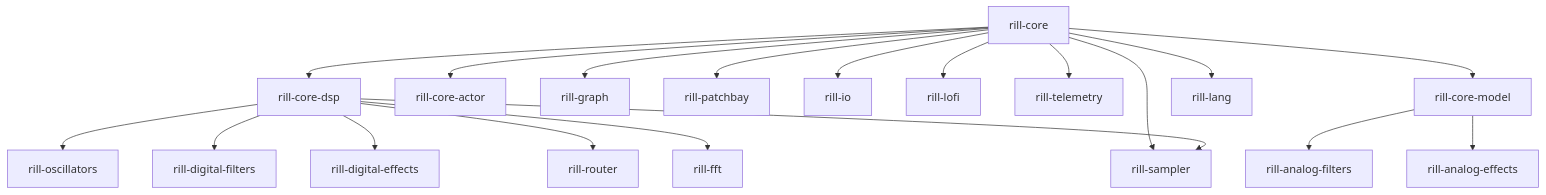
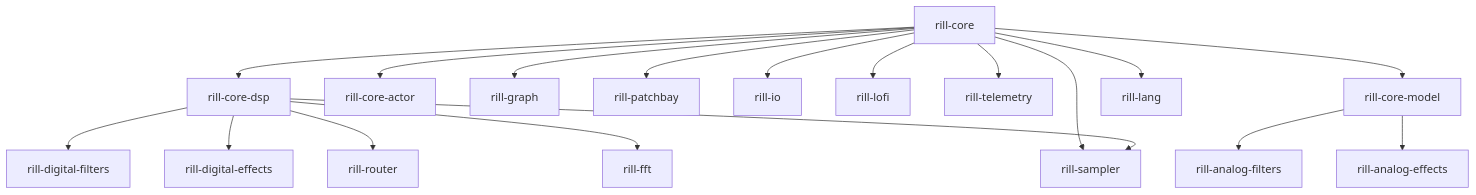
One commit to digitalrats/rill changed the diagram in README.md. Above: the diagram before and after it, drawn with Mermaid. The commit also changed other lines of this file and 81 other files, not shown here.

````diff
--- a/README.md
+++ b/README.md
@@ -279,21 +278,20 @@
 ```mermaid
 graph TD
     CORE[rill-core] --> CORE_DSP[rill-core-dsp]
     CORE --> CORE_ACTOR[rill-core-actor]
     CORE --> GRAPH[rill-graph]
-    CORE_DSP --> OSC[rill-oscillators]
     CORE_DSP --> FILTERS[rill-digital-filters]
     CORE_DSP --> EFFECTS[rill-digital-effects]
     CORE_DSP --> ROUTER[rill-router]
     CORE_DSP --> FFT[rill-fft]
     CORE --> PATCHBAY[rill-patchbay]
     CORE --> IO[rill-io]
     CORE --> LOFI[rill-lofi]
     CORE --> TELEMETRY[rill-telemetry]
     CORE --> CORE_WDF[rill-core-model]
     CORE_WDF --> ANALOG_FILTERS[rill-analog-filters]
     CORE_WDF --> ANALOG_EFFECTS[rill-analog-effects]
     CORE --> SAMPLER[rill-sampler]
     CORE_DSP --> SAMPLER
     CORE --> LANG[rill-lang]
 ```
````
